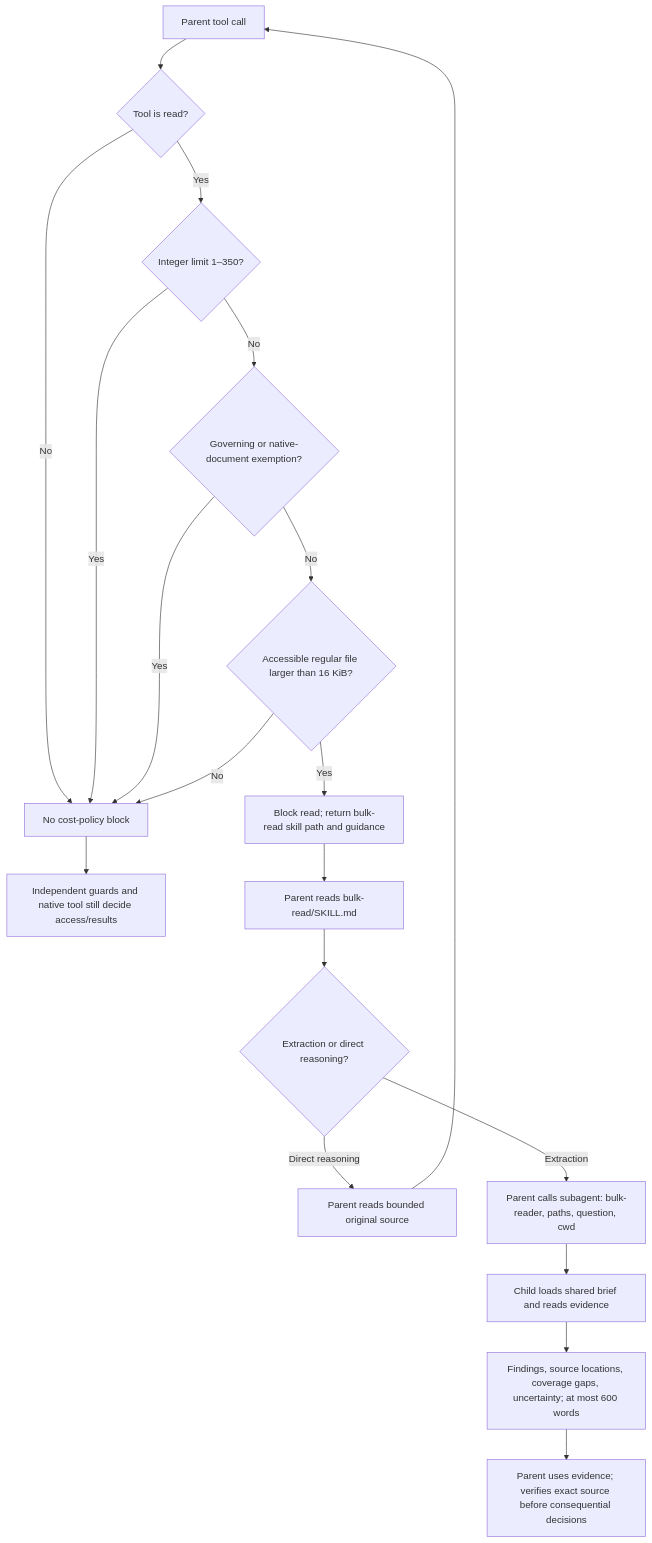
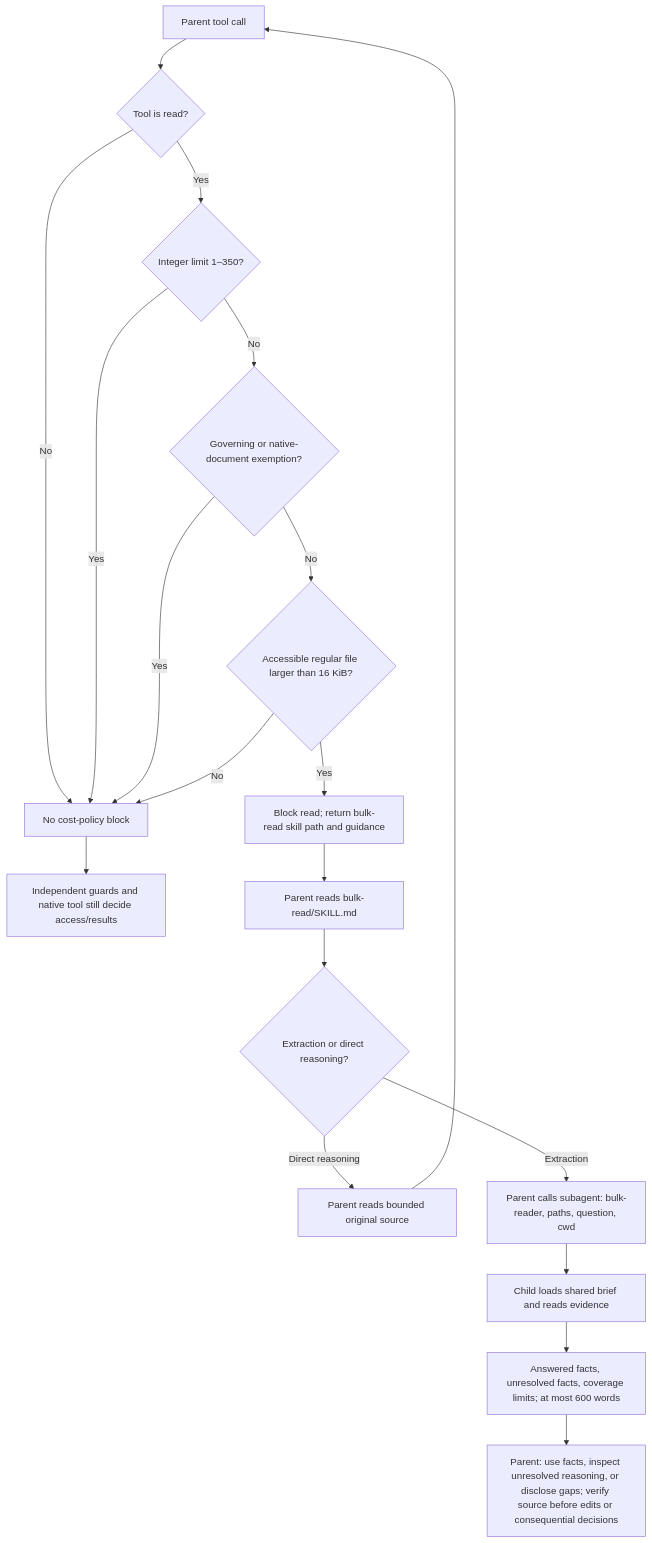
Before and after one commit to simonamtoft/coding-harness: the second of 2 diagrams in pi/agent/extensions/read-routing/README.md, drawn with Mermaid. The commit also changed other lines of this file and 6 other files, not shown here.

````diff
--- a/pi/agent/extensions/read-routing/README.md
+++ b/pi/agent/extensions/read-routing/README.md
@@ -45,21 +47,21 @@
 ```mermaid
 flowchart TD
     C["Parent tool call"] --> T{"Tool is read?"}
     T -->|No| N["No cost-policy block"]
     T -->|Yes| L{"Integer limit 1–350?"}
     L -->|Yes| N
     L -->|No| X{"Governing or native-document exemption?"}
     X -->|Yes| N
     X -->|No| F{"Accessible regular file larger than 16 KiB?"}
     F -->|No| N
     F -->|Yes| H["Block read; return bulk-read skill path and guidance"]
     N --> G["Independent guards and native tool still decide access/results"]
     H --> S["Parent reads bulk-read/SKILL.md"]
     S --> Q{"Extraction or direct reasoning?"}
     Q -->|Direct reasoning| B["Parent reads bounded original source"]
     B --> C
     Q -->|Extraction| D["Parent calls subagent: bulk-reader, paths, question, cwd"]
     D --> W["Child loads shared brief and reads evidence"]
-    W --> R["Findings, source locations, coverage gaps, uncertainty; at most 600 words"]
-    R --> P["Parent uses evidence; verifies exact source before consequential decisions"]
+    W --> R["Answered facts, unresolved facts, coverage limits; at most 600 words"]
+    R --> P["Parent: use facts, inspect unresolved reasoning, or disclose gaps; verify source before edits or consequential decisions"]
 ```
````
